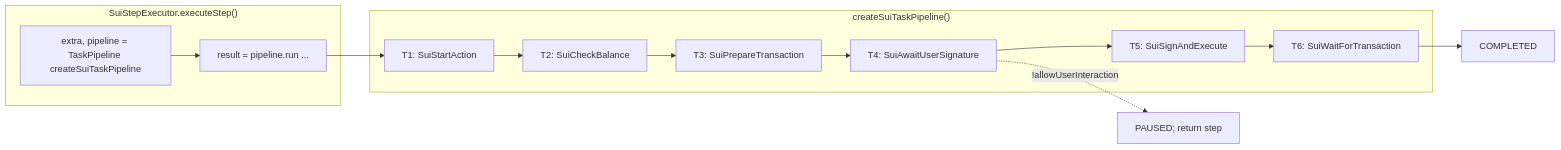
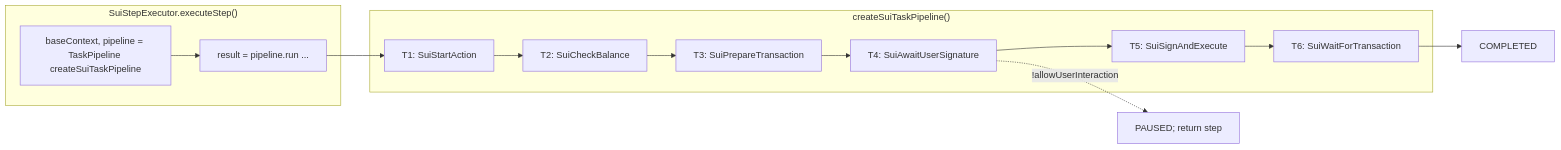
One commit to lifinance/sdk changed the third of 3 diagrams in docs/task-pipeline.md. Above: the diagram before and after it, drawn with Mermaid. The commit also changed other lines of this file and 21 other files, not shown here.

Commit message:
refactor: unify context structure across task pipelines, removing 'extra' key

````diff
--- a/docs/task-pipeline.md
+++ b/docs/task-pipeline.md
@@ -79,21 +79,21 @@
 ```mermaid
 flowchart LR
     subgraph Executor["SuiStepExecutor.executeStep()"]
-        E1[extra, pipeline = TaskPipeline createSuiTaskPipeline]
+        E1[baseContext, pipeline = TaskPipeline createSuiTaskPipeline]
         E2[result = pipeline.run ...]
     end
 
     subgraph Pipeline["createSuiTaskPipeline()"]
         T1[T1: SuiStartAction]
         T2[T2: SuiCheckBalance]
         T3[T3: SuiPrepareTransaction]
         T4[T4: SuiAwaitUserSignature]
         T5[T5: SuiSignAndExecute]
         T6[T6: SuiWaitForTransaction]
     end
 
     E1 --> E2
     E2 --> T1 --> T2 --> T3 --> T4 --> T5 --> T6
     T6 --> Done[COMPLETED]
     T4 -.->|!allowUserInteraction| Pause[PAUSED; return step]
 ```
````
